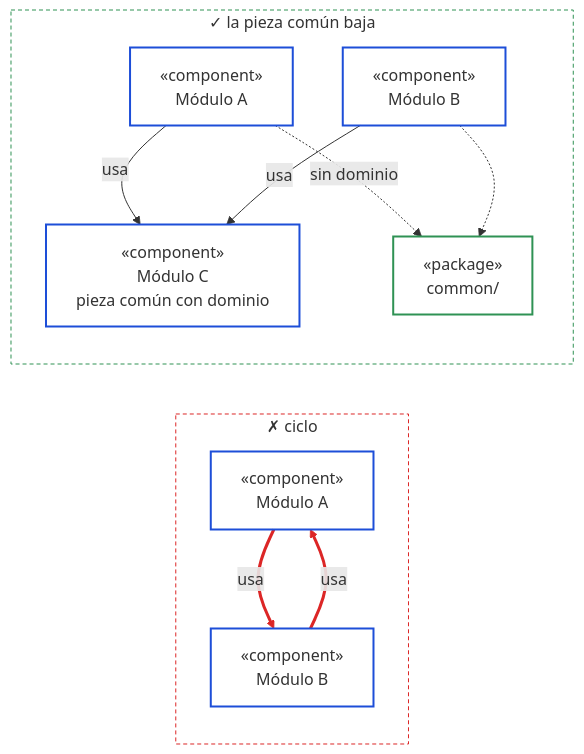
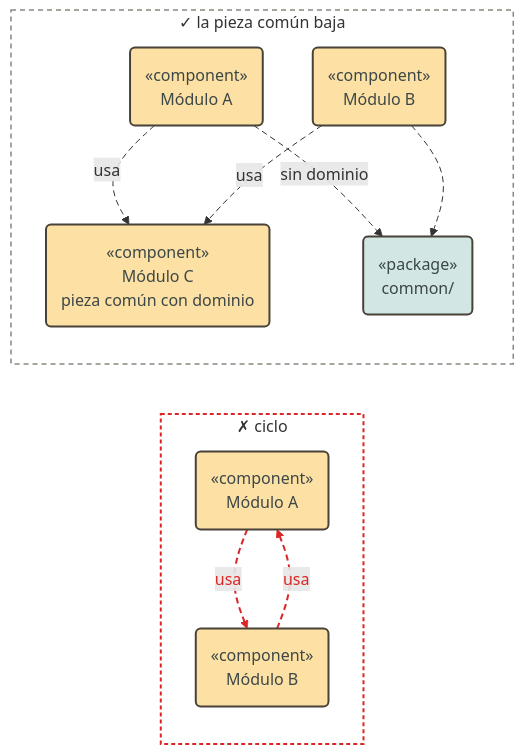
One commit to pcarroza91/nest-template changed the sixth of 15 diagrams in docs/architecture/modular-microservice.md. Above: the diagram before and after it, drawn with Mermaid. The commit also changed other lines of this file and 2 other files, not shown here.

First line of the commit message:
docs(architecture): aplica el estilo pastel por rol a los diagramas Mermaid

````diff
--- a/docs/architecture/modular-microservice.md
+++ b/docs/architecture/modular-microservice.md
@@ -441,23 +427,24 @@
 ```mermaid
 flowchart LR
     subgraph MAL["✗ ciclo"]
-        A1["«component»<br/>Módulo A"] -- "usa" --> B1["«component»<br/>Módulo B"]
+        A1("«component»<br/>Módulo A") -- "usa" --> B1("«component»<br/>Módulo B")
         B1 -- "usa" --> A1
     end
     subgraph BIEN["✓ la pieza común baja"]
-        A2["«component»<br/>Módulo A"] -- "usa" --> C["«component»<br/>Módulo C<br/>pieza común con dominio"]
-        B2["«component»<br/>Módulo B"] -- "usa" --> C
-        A2 -. "sin dominio" .-> COM["«package»<br/>common/"]
+        A2("«component»<br/>Módulo A") -- "usa" --> C("«component»<br/>Módulo C<br/>pieza común con dominio")
+        B2("«component»<br/>Módulo B") -- "usa" --> C
+        A2 -. "sin dominio" .-> COM("«package»<br/>common/")
         B2 -.-> COM
     end
 
-    classDef bad fill:transparent,stroke:#dc2626,stroke-dasharray:4 3
-    classDef good fill:transparent,stroke:#2f9254,stroke-dasharray:4 3
-    classDef page fill:transparent,stroke:#1d4ed8,stroke-width:2px
-    classDef shared fill:transparent,stroke:#2f9254,stroke-width:2px
+    classDef domain fill:#fde0a3,stroke:#494238,stroke-width:2px,color:#3c4747
+    classDef shared fill:#d2e7e4,stroke:#494238,stroke-width:2px,color:#3c4747
+    classDef bad fill:transparent,stroke:#dc2626,stroke-width:2px,stroke-dasharray:4 3
+    classDef pkg fill:transparent,stroke:#8a857d,stroke-width:1.5px,stroke-dasharray:5 4
+    class A1,B1,A2,B2,C domain
+    class COM shared
     class MAL bad
-    class BIEN good
-    class A1,B1,A2,B2,C page
-    class COM shared
-    linkStyle 0,1 stroke:#dc2626,stroke-width:3px
+    class BIEN pkg
+    linkStyle default stroke-dasharray:6 4
+    linkStyle 0,1 stroke:#dc2626,stroke-width:2px,color:#dc2626
 ```
````
